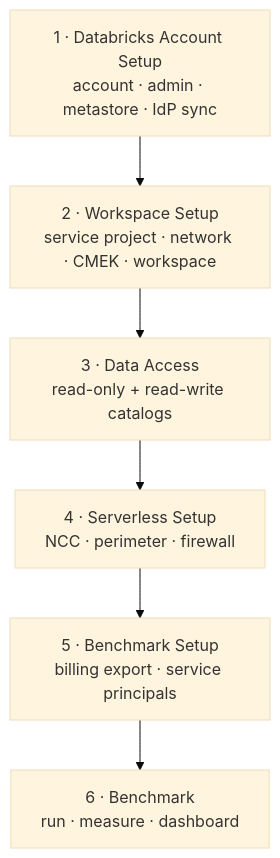
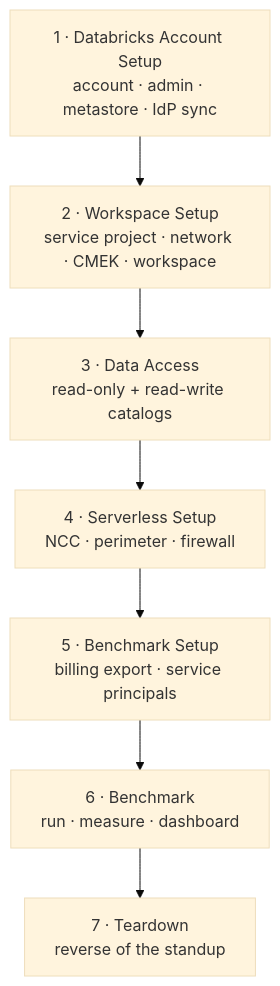
Before and after one commit to klevisa/shared-vpc-cmk-psc-databricks-deployment: the diagram in README.md, drawn with Mermaid (base theme). The commit also changed other lines of this file and 1 other file, not shown here.

First line of the commit message:
Add Phase 7 teardown runbook (#6)

````diff
--- a/README.md
+++ b/README.md
@@ -14,10 +14,11 @@
 ```mermaid
 flowchart TB
     P1["1 · Databricks Account Setup<br/>account · admin · metastore · IdP sync"]
     P2["2 · Workspace Setup<br/>service project · network · CMEK · workspace"]
     P3["3 · Data Access<br/>read-only + read-write catalogs"]
     P4["4 · Serverless Setup<br/>NCC · perimeter · firewall"]
     P5["5 · Benchmark Setup<br/>billing export · service principals"]
     P6["6 · Benchmark<br/>run · measure · dashboard"]
-    P1 --> P2 --> P3 --> P4 --> P5 --> P6
+    P7["7 · Teardown<br/>reverse of the standup"]
+    P1 --> P2 --> P3 --> P4 --> P5 --> P6 --> P7
 ```
````
